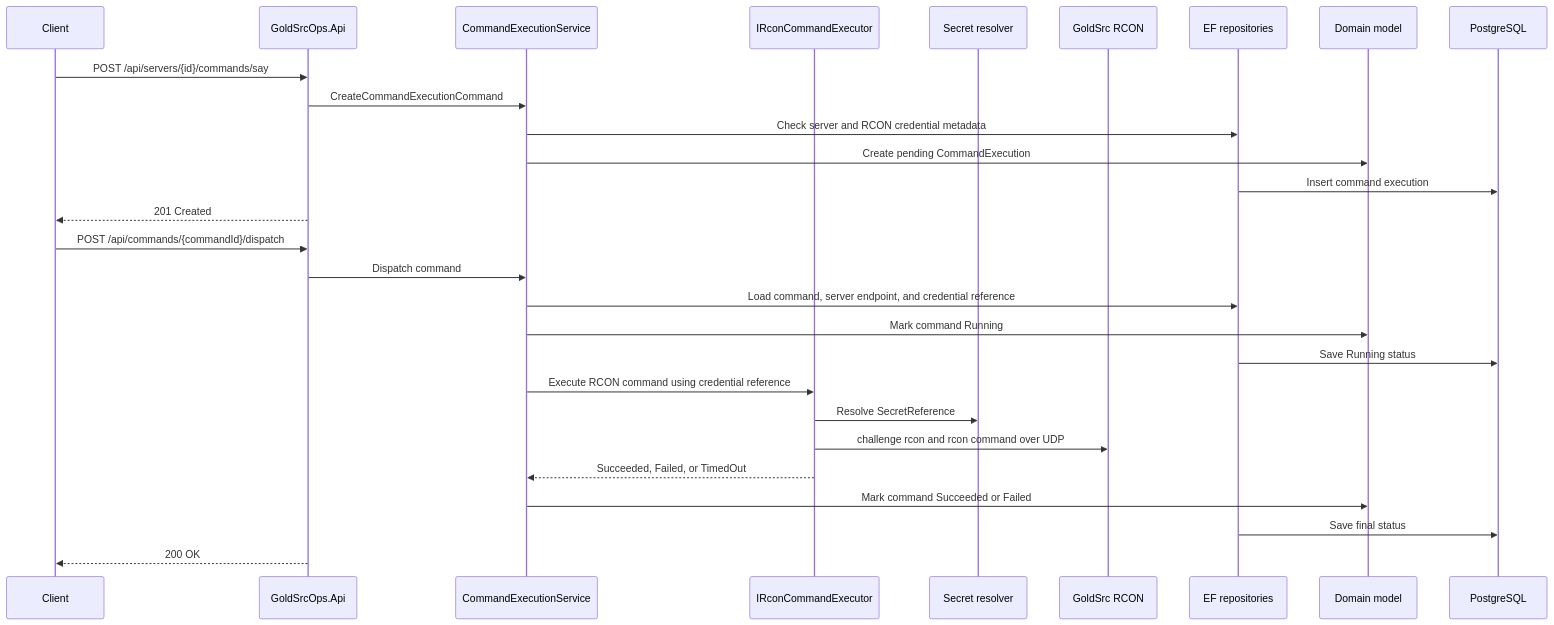
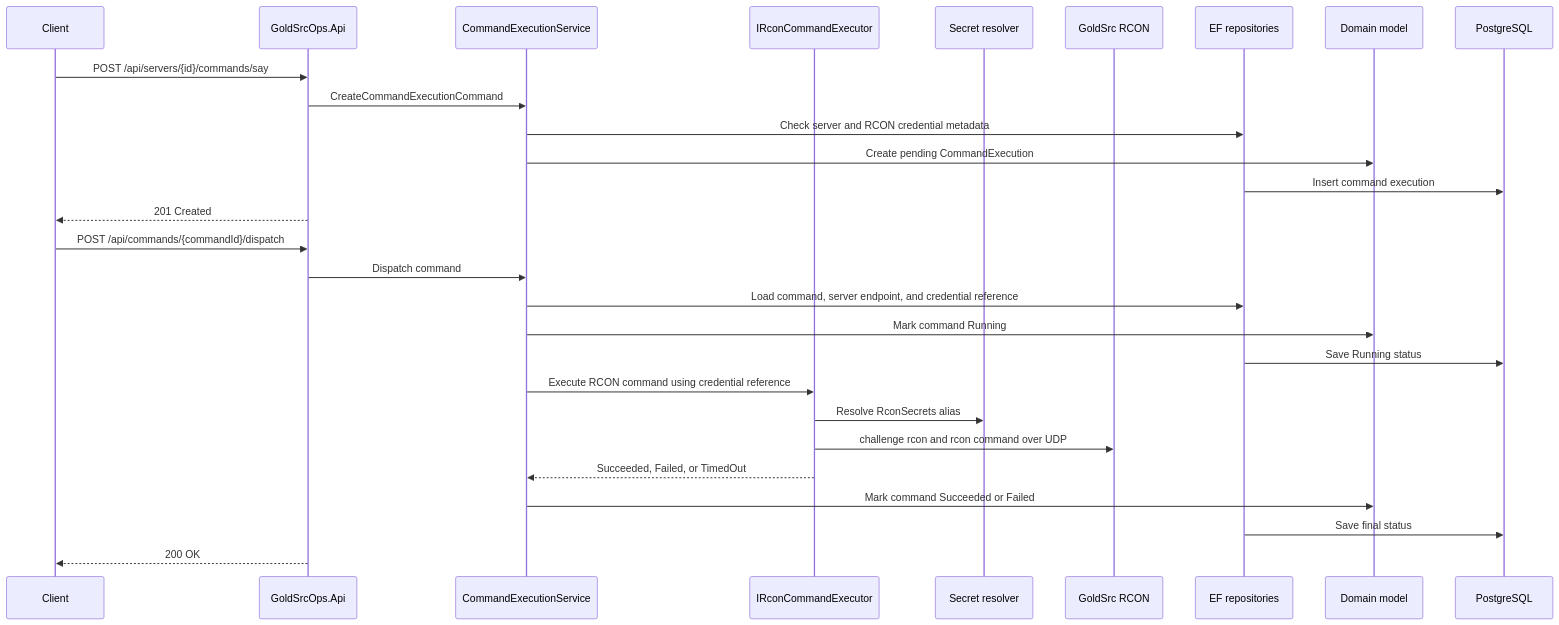
One commit to tov-vl/gold-src-ops changed the fifth of 5 diagrams in docs/architecture.md. Above: the diagram before and after it, drawn with Mermaid. The commit also changed other lines of this file and 19 other files, not shown here.

Commit message:
Harden RCON secret references

````diff
--- a/docs/architecture.md
+++ b/docs/architecture.md
@@ -168,32 +168,32 @@
 ```mermaid
 sequenceDiagram
     participant Client
     participant API as GoldSrcOps.Api
     participant App as CommandExecutionService
     participant Executor as IRconCommandExecutor
     participant Secrets as Secret resolver
     participant RCON as GoldSrc RCON
     participant Repo as EF repositories
     participant Domain as Domain model
     participant Db as PostgreSQL
 
     Client->>API: POST /api/servers/{id}/commands/say
     API->>App: CreateCommandExecutionCommand
     App->>Repo: Check server and RCON credential metadata
     App->>Domain: Create pending CommandExecution
     Repo->>Db: Insert command execution
     API-->>Client: 201 Created
 
     Client->>API: POST /api/commands/{commandId}/dispatch
     API->>App: Dispatch command
     App->>Repo: Load command, server endpoint, and credential reference
     App->>Domain: Mark command Running
     Repo->>Db: Save Running status
     App->>Executor: Execute RCON command using credential reference
-    Executor->>Secrets: Resolve SecretReference
+    Executor->>Secrets: Resolve RconSecrets alias
     Executor->>RCON: challenge rcon and rcon command over UDP
     Executor-->>App: Succeeded, Failed, or TimedOut
     App->>Domain: Mark command Succeeded or Failed
     Repo->>Db: Save final status
     API-->>Client: 200 OK
 ```
````
